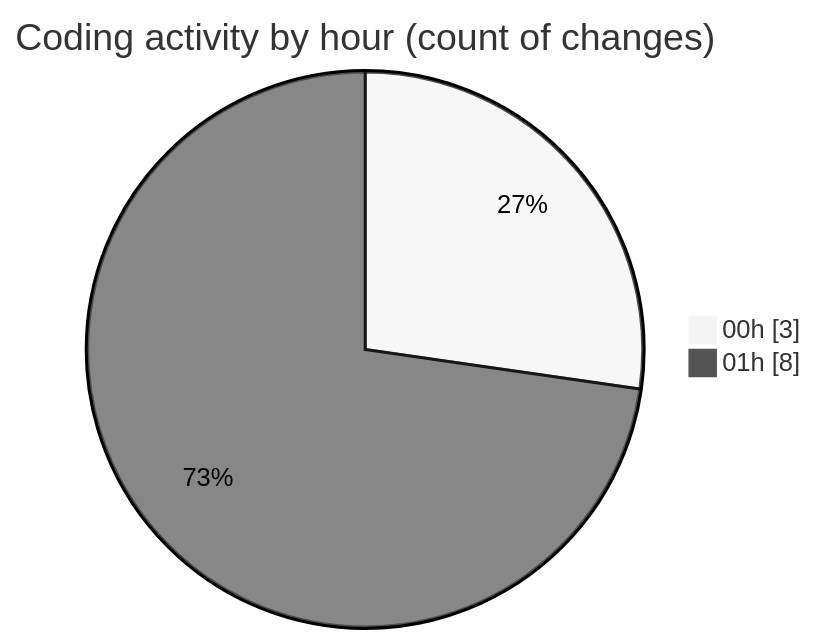
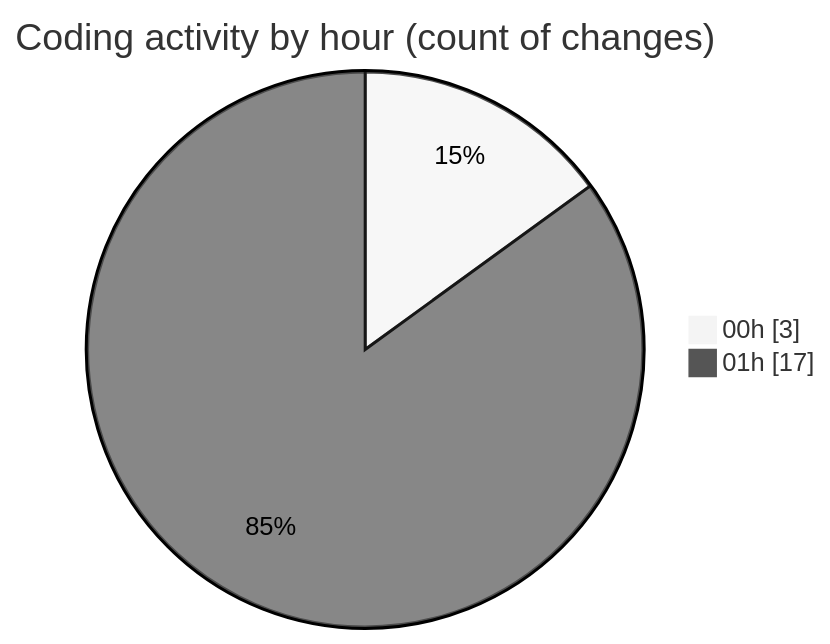
The second of 2 diagrams in 2025-07-23/cnpm_th_ba/README.md (lephambinh05/code-tracking), drawn with Mermaid (neutral theme) before and after one commit. The commit also changed other lines of this file and 1 other file, not shown here.

````diff
--- a/2025-07-23/cnpm_th_ba/README.md
+++ b/2025-07-23/cnpm_th_ba/README.md
@@ -32,6 +32,6 @@
 ```mermaid
 pie showData
 title Coding activity by hour (count of changes)
 "00h" : 3
-"01h" : 8
+"01h" : 17
 ```
````
